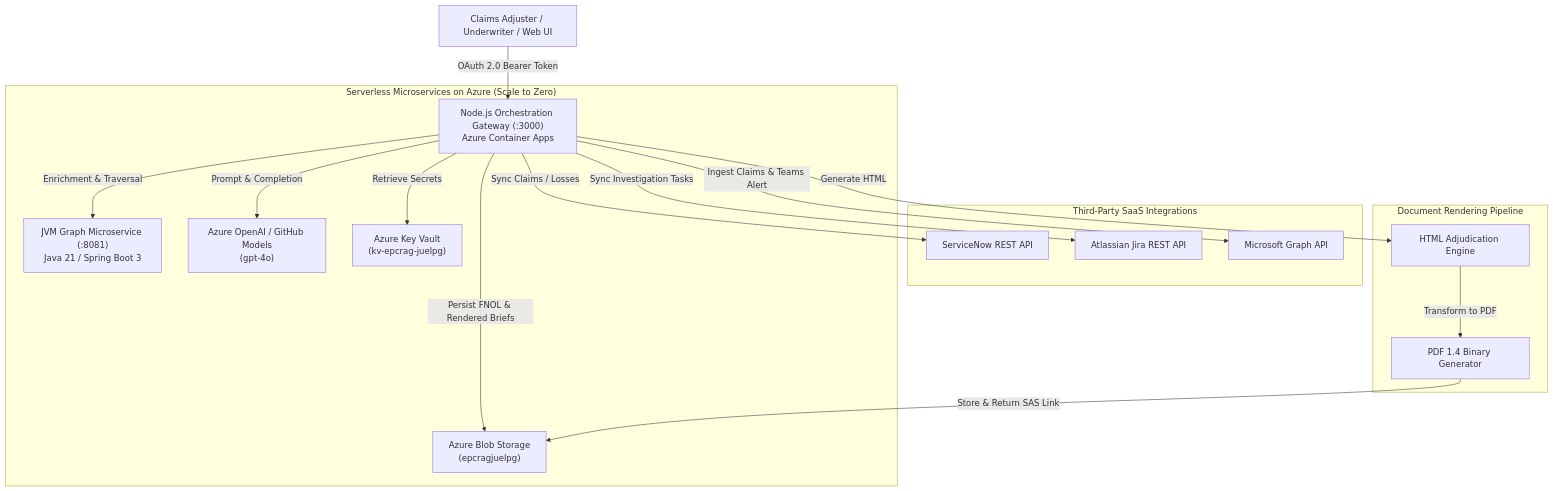
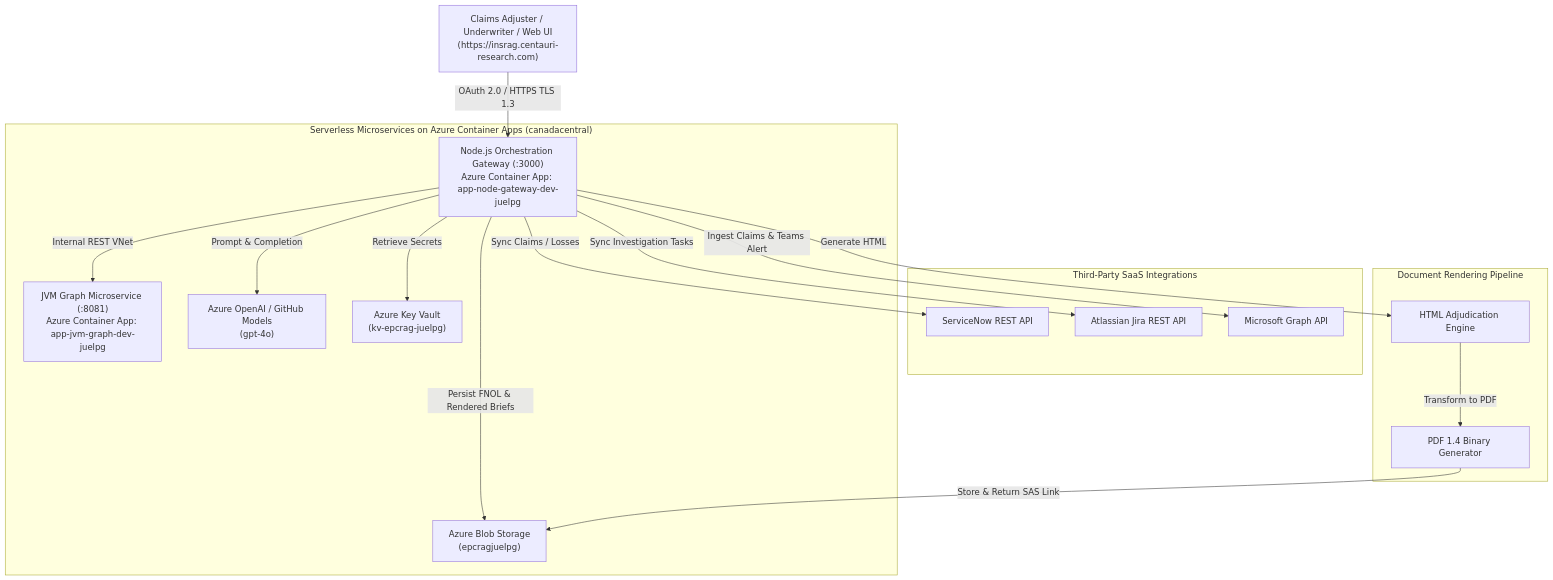
Before and after one commit to anjani2016/azure-enterprise-graphrag: the diagram in README.md, drawn with Mermaid. The commit also changed other lines of this file and 2 other files, not shown here.

Commit message:
docs: update architecture, charter, and roadmap to document Azure Container Apps production deployment

````diff
--- a/README.md
+++ b/README.md
@@ -30,23 +31,23 @@
 ```mermaid
 flowchart TD
-    Client["Claims Adjuster / Underwriter / Web UI"] -->|OAuth 2.0 Bearer Token| NodeGW["Node.js Orchestration Gateway (:3000)<br/>Azure Container Apps"]
+    Client["Claims Adjuster / Underwriter / Web UI<br/>(https://insrag.centauri-research.com)"] -->|OAuth 2.0 / HTTPS TLS 1.3| NodeGW["Node.js Orchestration Gateway (:3000)<br/>Azure Container App: app-node-gateway-dev-juelpg"]
 
-    subgraph "Serverless Microservices on Azure (Scale to Zero)"
-        NodeGW -->|Enrichment & Traversal| JVMGraph["JVM Graph Microservice (:8081)<br/>Java 21 / Spring Boot 3"]
+    subgraph "Serverless Microservices on Azure Container Apps (canadacentral)"
+        NodeGW -->|Internal REST VNet| JVMGraph["JVM Graph Microservice (:8081)<br/>Azure Container App: app-jvm-graph-dev-juelpg"]
         NodeGW -->|Prompt & Completion| AzureOpenAI["Azure OpenAI / GitHub Models<br/>(gpt-4o)"]
         NodeGW -->|Persist FNOL & Rendered Briefs| BlobStore["Azure Blob Storage<br/>(epcragjuelpg)"]
         NodeGW -->|Retrieve Secrets| KeyVault["Azure Key Vault<br/>(kv-epcrag-juelpg)"]
     end
 
     subgraph "Third-Party SaaS Integrations"
         NodeGW -->|Sync Claims / Losses| SNow["ServiceNow REST API"]
         NodeGW -->|Sync Investigation Tasks| Jira["Atlassian Jira REST API"]
         NodeGW -->|Ingest Claims & Teams Alert| MSGraph["Microsoft Graph API"]
     end
 
     subgraph "Document Rendering Pipeline"
         NodeGW -->|Generate HTML| HTMLGen["HTML Adjudication Engine"]
         HTMLGen -->|Transform to PDF| PDFGen["PDF 1.4 Binary Generator"]
         PDFGen -->|Store & Return SAS Link| BlobStore
     end
 ```
````
